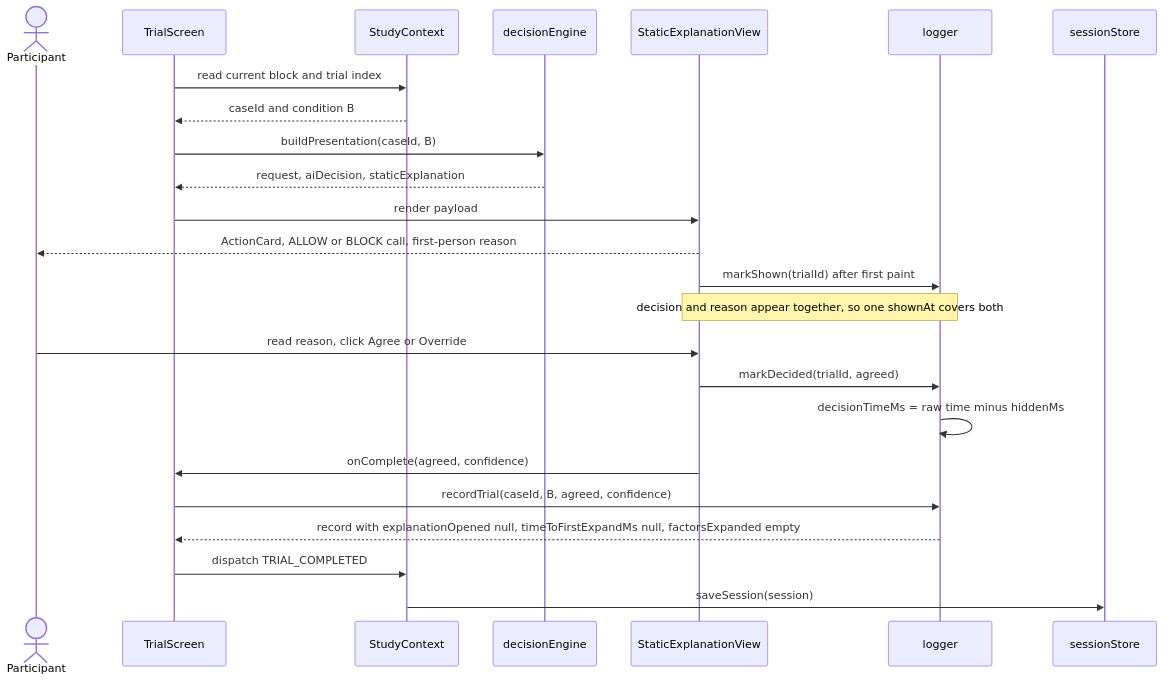
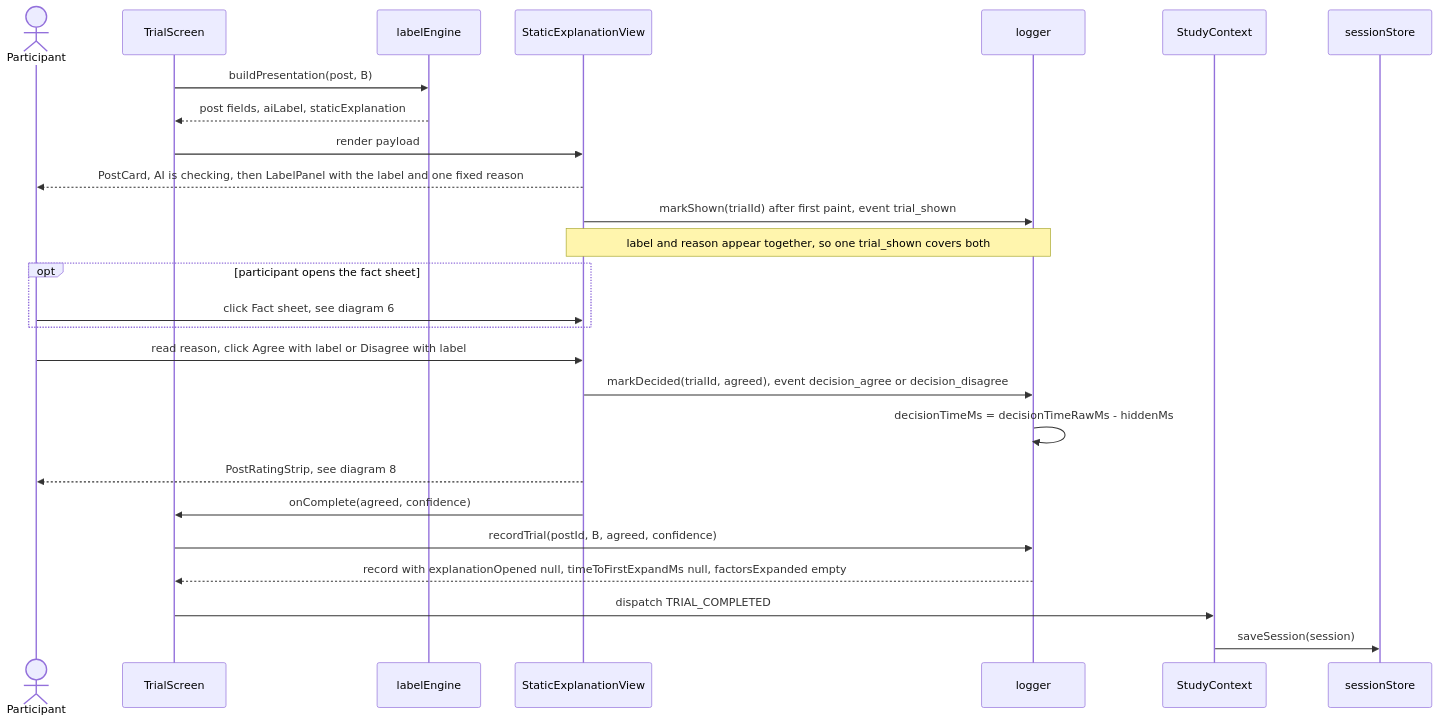
One commit to bibekgupta3333/HCI changed the third of 11 diagrams in docs/sequence-diagrams.md. Above: the diagram before and after it, drawn with Mermaid. The commit also changed other lines of this file and 27 other files, not shown here.

````diff
--- a/docs/sequence-diagrams.md
+++ b/docs/sequence-diagrams.md
@@ -141,27 +142,29 @@
 ```mermaid
 sequenceDiagram
     actor P as Participant
     participant Trial as TrialScreen
-    participant SC as StudyContext
-    participant DE as decisionEngine
+    participant LE as labelEngine
     participant View as StaticExplanationView
     participant Log as logger
+    participant SC as StudyContext
     participant SS as sessionStore
 
-    Trial->>SC: read current block and trial index
-    SC-->>Trial: caseId and condition B
-    Trial->>DE: buildPresentation(caseId, B)
-    DE-->>Trial: request, aiDecision, staticExplanation
+    Trial->>LE: buildPresentation(post, B)
+    LE-->>Trial: post fields, aiLabel, staticExplanation
     Trial->>View: render payload
-    View-->>P: ActionCard, ALLOW or BLOCK call, first-person reason
-    View->>Log: markShown(trialId) after first paint
-    Note over View,Log: decision and reason appear together, so one shownAt covers both
-    P->>View: read reason, click Agree or Override
-    View->>Log: markDecided(trialId, agreed)
-    Log->>Log: decisionTimeMs = raw time minus hiddenMs
+    View-->>P: PostCard, AI is checking, then LabelPanel with the label and one fixed reason
+    View->>Log: markShown(trialId) after first paint, event trial_shown
+    Note over View,Log: label and reason appear together, so one trial_shown covers both
+    opt participant opens the fact sheet
+        P->>View: click Fact sheet, see diagram 6
+    end
+    P->>View: read reason, click Agree with label or Disagree with label
+    View->>Log: markDecided(trialId, agreed), event decision_agree or decision_disagree
+    Log->>Log: decisionTimeMs = decisionTimeRawMs - hiddenMs
+    View-->>P: PostRatingStrip, see diagram 8
     View->>Trial: onComplete(agreed, confidence)
-    Trial->>Log: recordTrial(caseId, B, agreed, confidence)
+    Trial->>Log: recordTrial(postId, B, agreed, confidence)
     Log-->>Trial: record with explanationOpened null, timeToFirstExpandMs null, factorsExpanded empty
     Trial->>SC: dispatch TRIAL_COMPLETED
     SC->>SS: saveSession(session)
 ```
````
